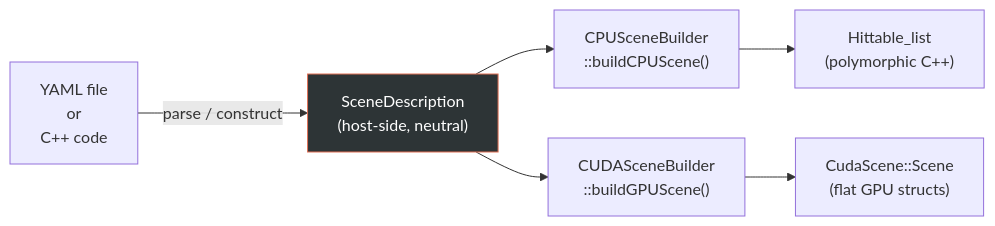
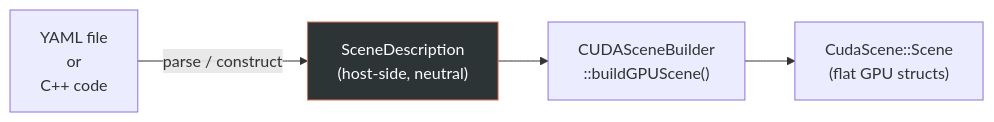
The diagram in website/docs/architecture/scene-system.md (pmudry/RayON), drawn with Mermaid before and after one commit. The commit also changed other lines of this file and 28 other files, not shown here.

````diff
--- a/website/docs/architecture/scene-system.md
+++ b/website/docs/architecture/scene-system.md
@@ -17,15 +14,12 @@
 ```mermaid
 flowchart LR
     yaml["YAML file\nor\nC++ code"]
     desc["SceneDescription\n(host-side, neutral)"]
-    cpu_builder["CPUSceneBuilder\n::buildCPUScene()"]
     gpu_builder["CUDASceneBuilder\n::buildGPUScene()"]
-    cpu_scene["Hittable_list\n(polymorphic C++)"]
     gpu_scene["CudaScene::Scene\n(flat GPU structs)"]
 
     yaml -->|parse / construct| desc
-    desc --> cpu_builder --> cpu_scene
     desc --> gpu_builder --> gpu_scene
 
     style desc fill:#2d3436,stroke:#e17055,color:#ffffff
 ```
````
